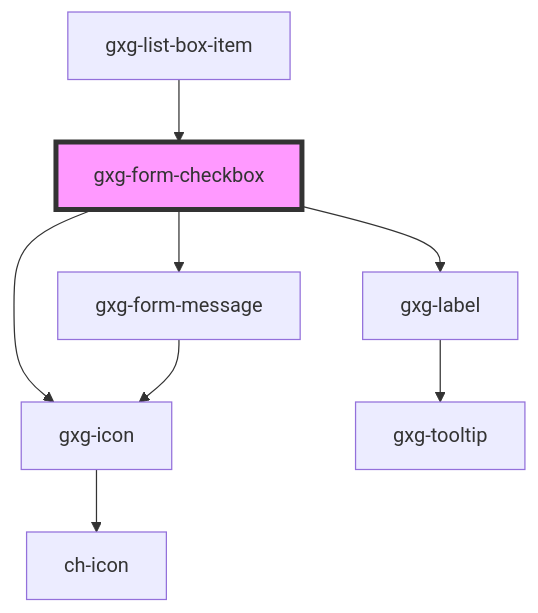
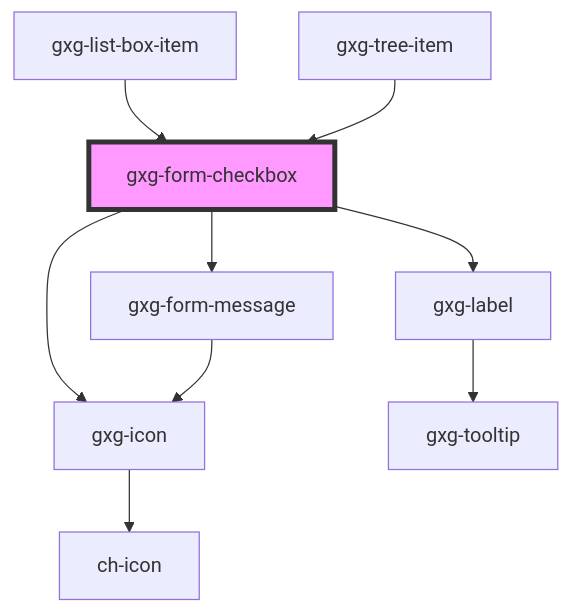
Before and after one commit to genexuslabs/gemini: the diagram in src/components/form-checkbox/readme.md, drawn with Mermaid. The commit also changed other lines of this file and 12 other files, not shown here.

Commit message:
update tree and tree-item

````diff
--- a/src/components/form-checkbox/readme.md
+++ b/src/components/form-checkbox/readme.md
@@ -79,11 +80,12 @@
 ```mermaid
 graph TD;
   gxg-form-checkbox --> gxg-icon
   gxg-form-checkbox --> gxg-label
   gxg-form-checkbox --> gxg-form-message
   gxg-icon --> ch-icon
   gxg-label --> gxg-tooltip
   gxg-form-message --> gxg-icon
   gxg-list-box-item --> gxg-form-checkbox
+  gxg-tree-item --> gxg-form-checkbox
   style gxg-form-checkbox fill:#f9f,stroke:#333,stroke-width:4px
 ```
````
